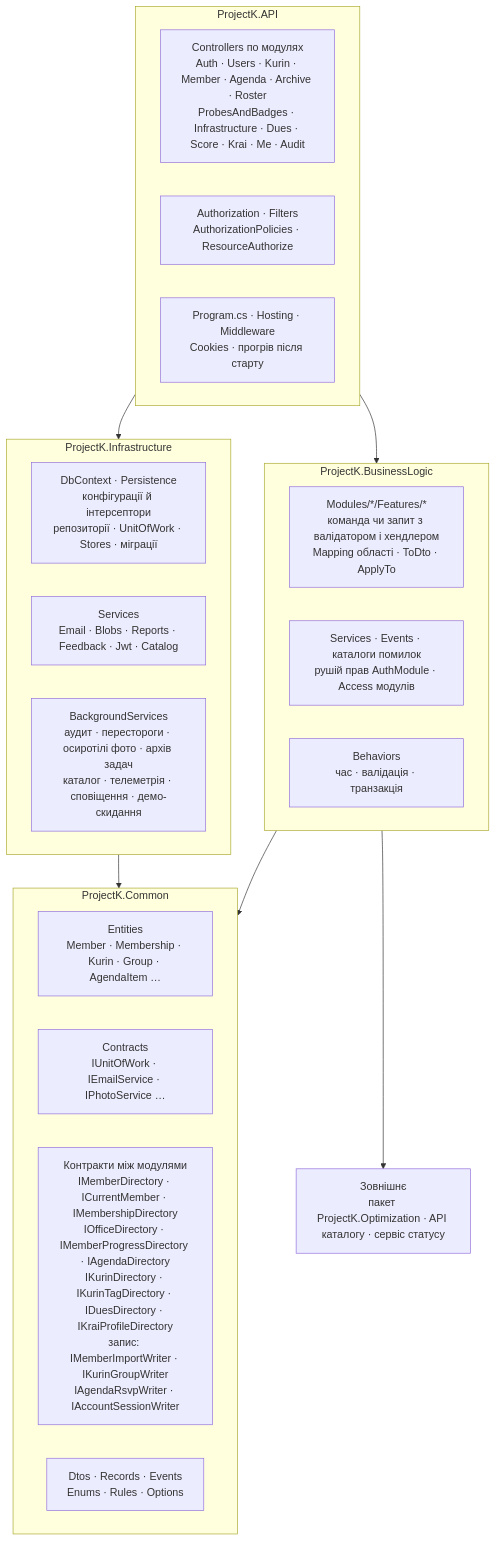
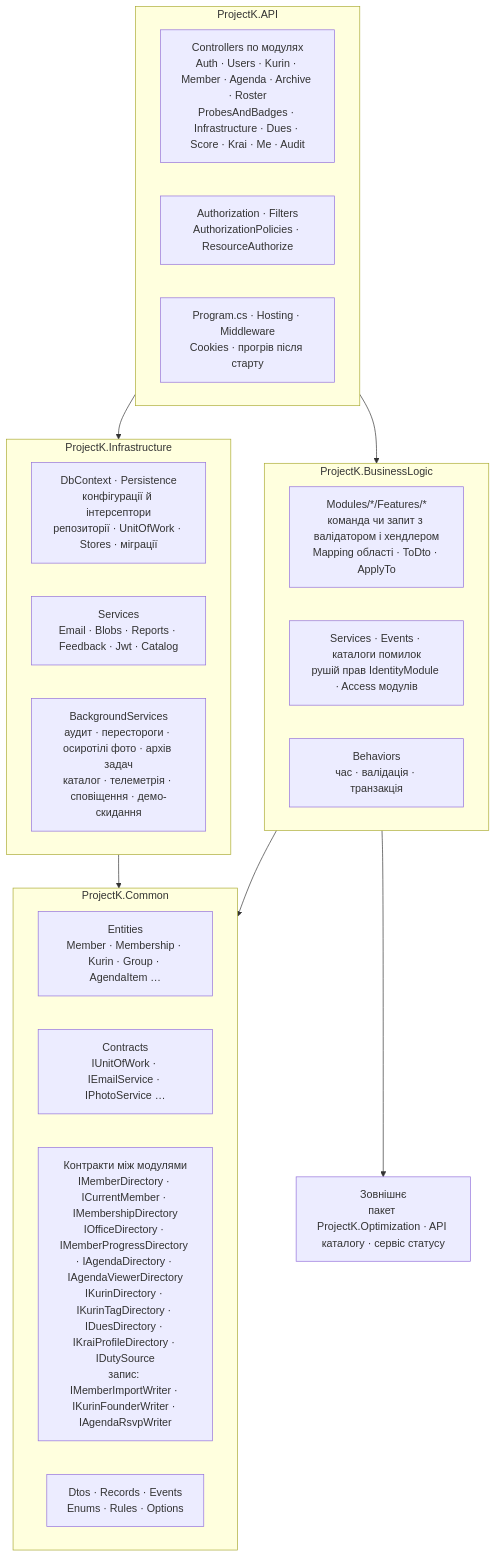
Before and after one commit to lileyka-app/Project-K: the third of 4 diagrams in docs/dev/core/architecture-diagrams.md, drawn with Mermaid. The commit also changed other lines of this file and 4 other files, not shown here.

````diff
--- a/docs/dev/core/architecture-diagrams.md
+++ b/docs/dev/core/architecture-diagrams.md
@@ -120,39 +115,39 @@
 ```mermaid
 flowchart TB
     subgraph API["ProjectK.API"]
         direction LR
         CTRL["Controllers по модулях<br/>Auth · Users · Kurin · Member · Agenda · Archive · Roster<br/>ProbesAndBadges · Infrastructure · Dues · Score · Krai · Me · Audit"]
         POL["Authorization · Filters<br/>AuthorizationPolicies · ResourceAuthorize"]
         DI["Program.cs · Hosting · Middleware<br/>Cookies · прогрів після старту"]
     end
 
     subgraph BL["ProjectK.BusinessLogic"]
         direction LR
         MODS["Modules/*/Features/*<br/>команда чи запит з валідатором і хендлером<br/>Mapping області · ToDto · ApplyTo"]
-        SVCS["Services · Events · каталоги помилок<br/>рушій прав AuthModule · Access модулів"]
+        SVCS["Services · Events · каталоги помилок<br/>рушій прав IdentityModule · Access модулів"]
         BEH["Behaviors<br/>час · валідація · транзакція"]
     end
 
     subgraph COMMON["ProjectK.Common"]
         direction LR
         ENT["Entities<br/>Member · Membership · Kurin · Group · AgendaItem …"]
         IFACE["Contracts<br/>IUnitOfWork · IEmailService · IPhotoService …"]
-        CONTRACTS["Контракти між модулями<br/>IMemberDirectory · ICurrentMember · IMembershipDirectory<br/>IOfficeDirectory · IMemberProgressDirectory · IAgendaDirectory<br/>IKurinDirectory · IKurinTagDirectory · IDuesDirectory · IKraiProfileDirectory<br/>запис: IMemberImportWriter · IKurinGroupWriter<br/>IAgendaRsvpWriter · IAccountSessionWriter"]
+        CONTRACTS["Контракти між модулями<br/>IMemberDirectory · ICurrentMember · IMembershipDirectory<br/>IOfficeDirectory · IMemberProgressDirectory · IAgendaDirectory · IAgendaViewerDirectory<br/>IKurinDirectory · IKurinTagDirectory · IDuesDirectory · IKraiProfileDirectory · IDutySource<br/>запис: IMemberImportWriter · IKurinFounderWriter · IAgendaRsvpWriter"]
         KINDS["Dtos · Records · Events<br/>Enums · Rules · Options"]
     end
 
     subgraph INFRA["ProjectK.Infrastructure"]
         direction LR
         DBC["DbContext · Persistence<br/>конфігурації й інтерсептори<br/>репозиторії · UnitOfWork · Stores · міграції"]
         SVC["Services<br/>Email · Blobs · Reports · Feedback · Jwt · Catalog"]
         BG["BackgroundServices<br/>аудит · перестороги · осиротілі фото · архів задач<br/>каталог · телеметрія · сповіщення · демо-скидання"]
     end
 
     EXT["Зовнішнє<br/>пакет ProjectK.Optimization · API каталогу · сервіс статусу"]
 
     API --> BL
     API --> INFRA
     BL --> COMMON
     INFRA --> COMMON
     BL --> EXT
 ```
````
